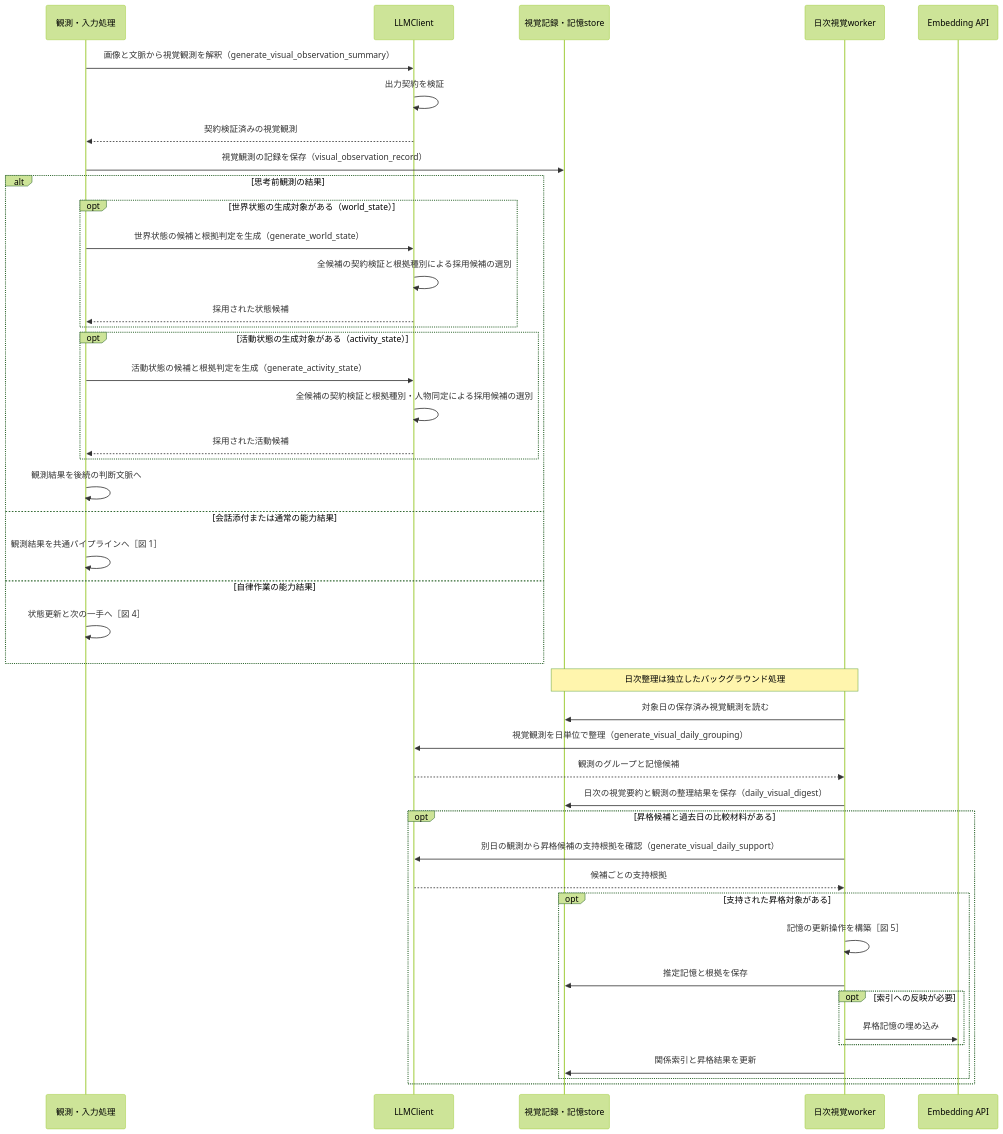
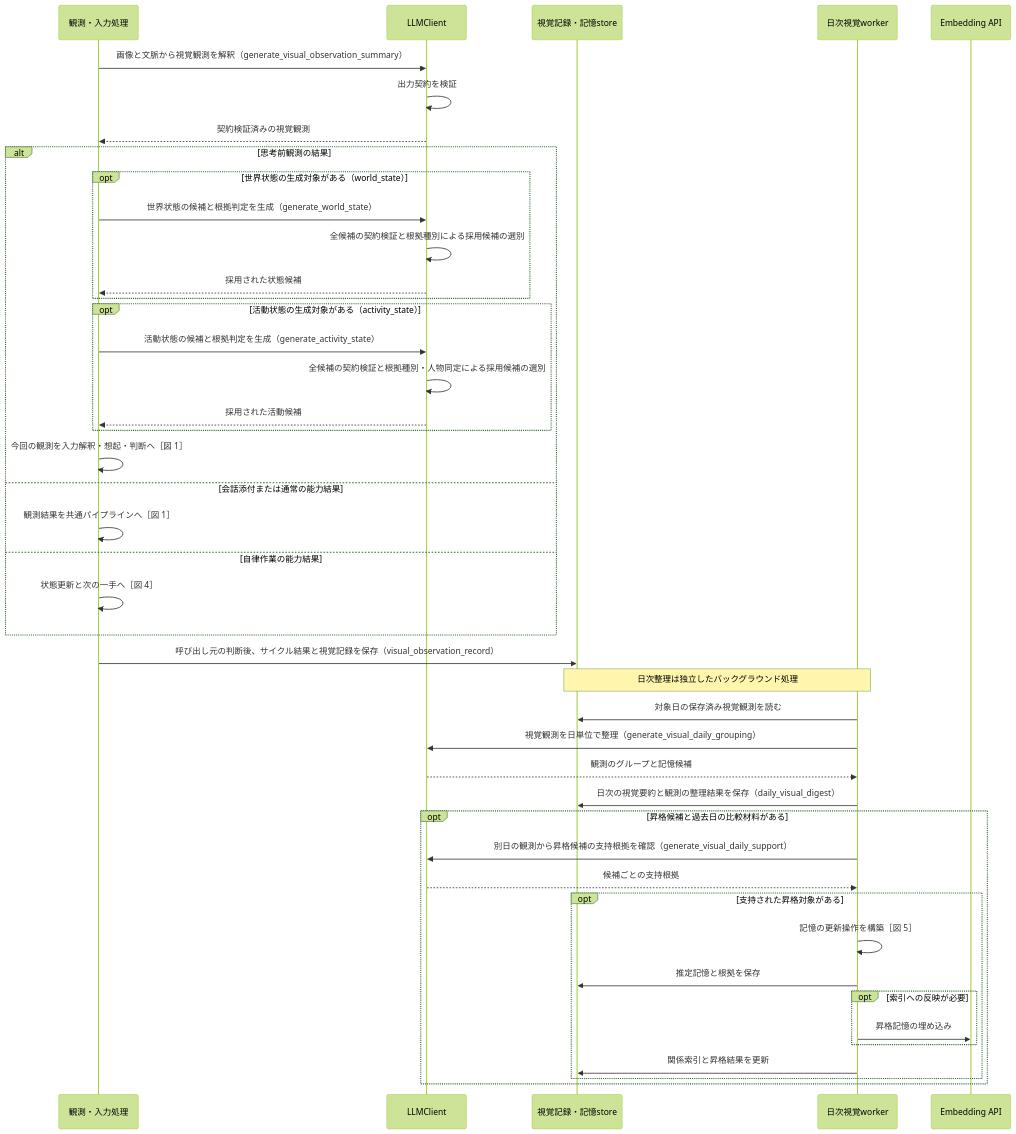
One commit to hirona98/OtomeKairo changed the sixth of 6 diagrams in docs/design/llm/LLM呼び出しシーケンス.md. Above: the diagram before and after it, drawn with Mermaid (forest theme). The commit also changed other lines of this file and 43 other files, not shown here.

````diff
--- a/docs/design/llm/LLM呼び出しシーケンス.md
+++ b/docs/design/llm/LLM呼び出しシーケンス.md
@@ -402,47 +409,47 @@
 ```mermaid
 sequenceDiagram
     participant C as 観測・入力処理
     participant L as LLMClient
     participant S as 視覚記録・記憶store
     participant W as 日次視覚worker
     participant E as Embedding API
 
     C->>L: 画像と文脈から視覚観測を解釈（generate_visual_observation_summary）
     L->>L: 出力契約を検証
     L-->>C: 契約検証済みの視覚観測
-    C->>S: 視覚観測の記録を保存（visual_observation_record）
     alt 思考前観測の結果
         opt 世界状態の生成対象がある（world_state）
             C->>L: 世界状態の候補と根拠判定を生成（generate_world_state）
             L->>L: 全候補の契約検証と根拠種別による採用候補の選別
             L-->>C: 採用された状態候補
         end
         opt 活動状態の生成対象がある（activity_state）
             C->>L: 活動状態の候補と根拠判定を生成（generate_activity_state）
             L->>L: 全候補の契約検証と根拠種別・人物同定による採用候補の選別
             L-->>C: 採用された活動候補
         end
-        C->>C: 観測結果を後続の判断文脈へ
+        C->>C: 今回の観測を入力解釈・想起・判断へ［図 1］
     else 会話添付または通常の能力結果
         C->>C: 観測結果を共通パイプラインへ［図 1］
     else 自律作業の能力結果
         C->>C: 状態更新と次の一手へ［図 4］
     end
+    C->>S: 呼び出し元の判断後、サイクル結果と視覚記録を保存（visual_observation_record）
     Note over S,W: 日次整理は独立したバックグラウンド処理
     W->>S: 対象日の保存済み視覚観測を読む
     W->>L: 視覚観測を日単位で整理（generate_visual_daily_grouping）
     L-->>W: 観測のグループと記憶候補
     W->>S: 日次の視覚要約と観測の整理結果を保存（daily_visual_digest）
     opt 昇格候補と過去日の比較材料がある
         W->>L: 別日の観測から昇格候補の支持根拠を確認（generate_visual_daily_support）
         L-->>W: 候補ごとの支持根拠
         opt 支持された昇格対象がある
             W->>W: 記憶の更新操作を構築［図 5］
             W->>S: 推定記憶と根拠を保存
             opt 索引への反映が必要
                 W->>E: 昇格記憶の埋め込み
             end
             W->>S: 関係索引と昇格結果を更新
         end
     end
 ```
````
